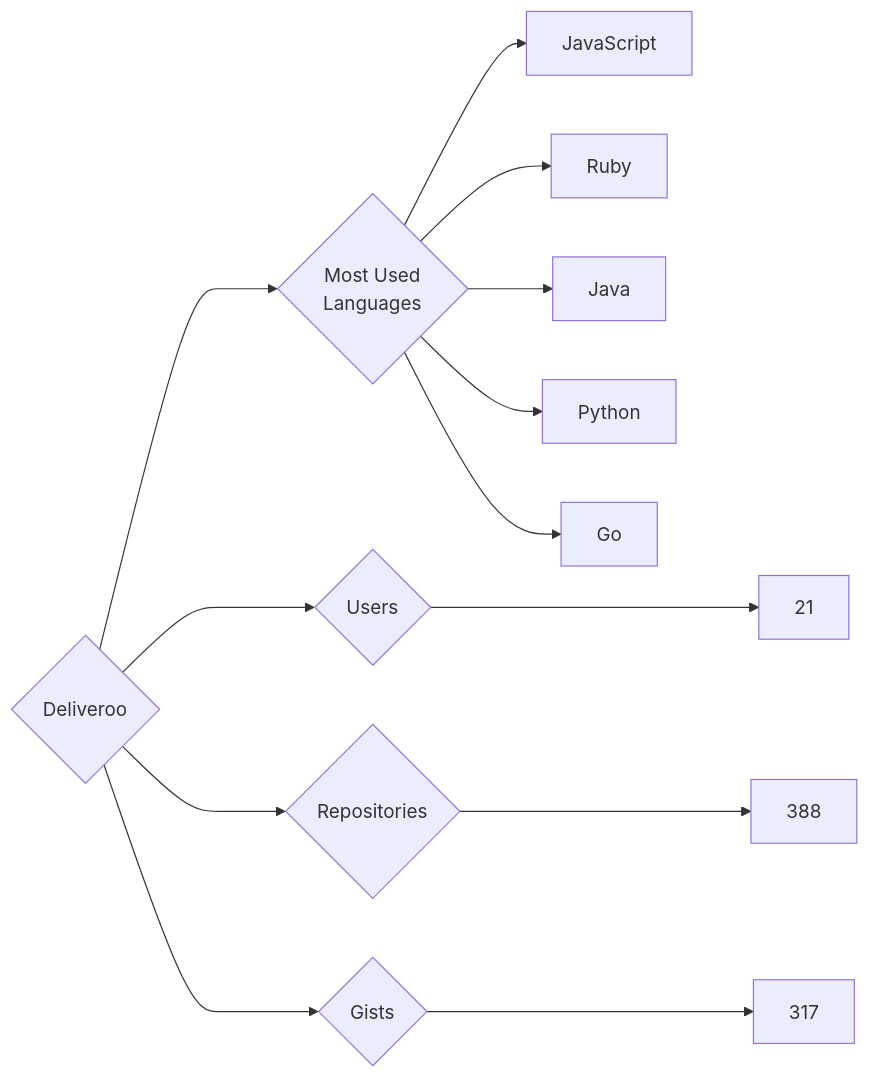
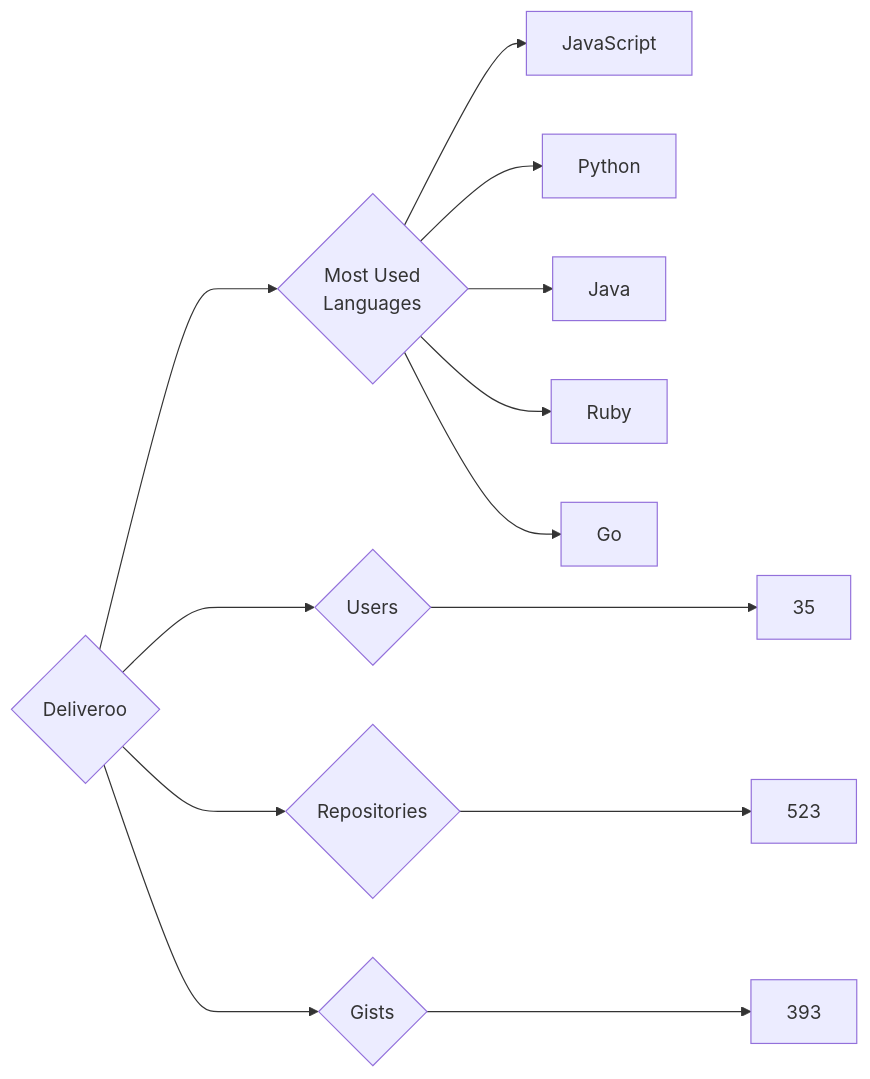
One commit to trickest/insiders changed the diagram in targets/Deliveroo/README.md. Above: the diagram before and after it, drawn with Mermaid. The commit also changed 899 other files, not shown here.

````diff
--- a/targets/Deliveroo/README.md
+++ b/targets/Deliveroo/README.md
@@ -3,13 +3,13 @@
 ```mermaid
 graph LR
 COMPANY_NAME{Deliveroo}
-COMPANY_NAME ---> U{Users} ---> UN[21]
-COMPANY_NAME ---> R{Repositories} ---> RN[388]
-COMPANY_NAME ---> G{Gists} ---> GN[317]
+COMPANY_NAME ---> U{Users} ---> UN[35]
+COMPANY_NAME ---> R{Repositories} ---> RN[523]
+COMPANY_NAME ---> G{Gists} ---> GN[393]
 COMPANY_NAME ---> ML{Most Used<br>Languages}
 ML --> JavaScript[JavaScript]
+ML --> Python[Python]
+ML --> Java[Java]
 ML --> Ruby[Ruby]
-ML --> Java[Java]
-ML --> Python[Python]
 ML --> Go[Go]
 ```
````
